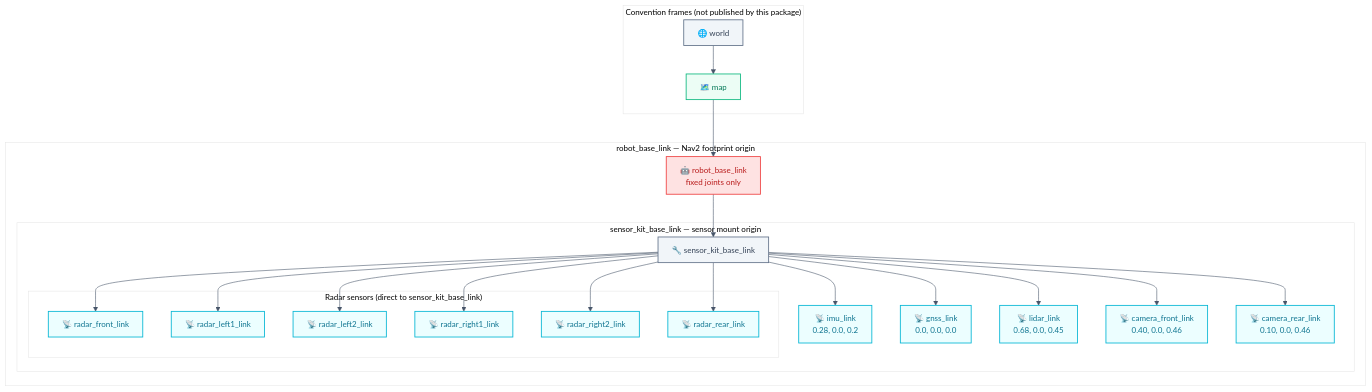
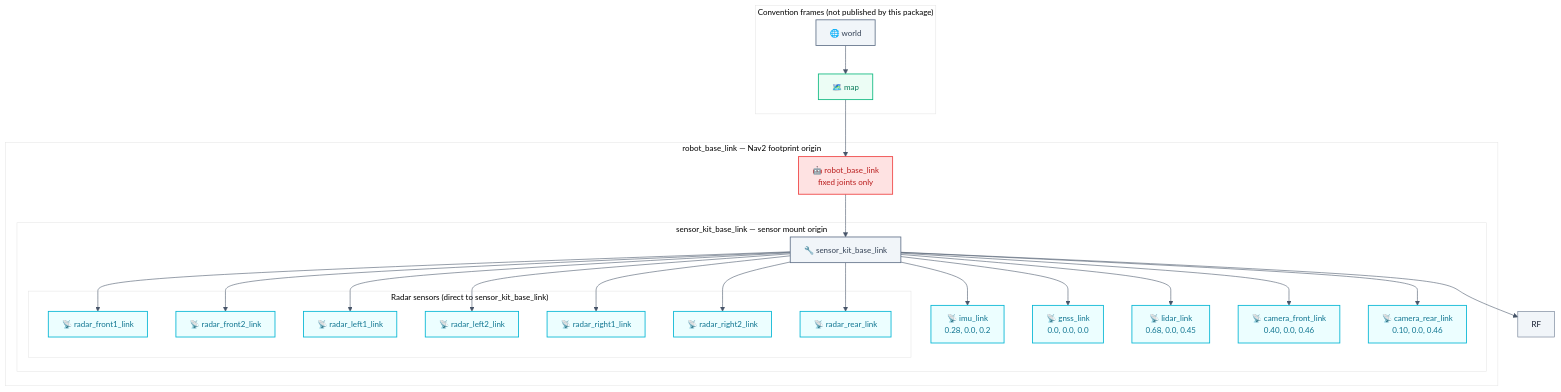
Before and after one commit to hwanhonglee/CAMROD: the fourth of 4 diagrams in camrod_sensor_kit/README.md, drawn with Mermaid. The commit also changed other lines of this file and 7 other files, not shown here.

````diff
--- a/camrod_sensor_kit/README.md
+++ b/camrod_sensor_kit/README.md
@@ -142,38 +142,40 @@
 ```mermaid
 %%{init: {'theme': 'base', 'themeVariables': {'fontFamily': 'ui-sans-serif, system-ui, sans-serif', 'fontSize': '14px', 'primaryColor': '#F1F5F9', 'primaryTextColor': '#0F172A', 'primaryBorderColor': '#64748B', 'lineColor': '#475569'}, 'flowchart': {'curve': 'basis', 'htmlLabels': true, 'padding': 12}}}%%
 graph TD
   subgraph CONV["Convention frames (not published by this package)"]
     WORLD[🌐 world]:::system
     MAP[🗺️ map]:::localization
   end
   subgraph ROBOT["robot_base_link — Nav2 footprint origin"]
     BASE[🤖 robot_base_link\nfixed joints only]:::platform
     subgraph SKIT["sensor_kit_base_link — sensor mount origin"]
       SKB[🔧 sensor_kit_base_link]:::system
       IMU[📡 imu_link\n0.28, 0.0, 0.2]:::sensing
       GNSS[📡 gnss_link\n0.0, 0.0, 0.0]:::sensing
       LIDAR[📡 lidar_link\n0.68, 0.0, 0.45]:::sensing
       CAMF[📡 camera_front_link\n0.40, 0.0, 0.46]:::sensing
       CAMR[📡 camera_rear_link\n0.10, 0.0, 0.46]:::sensing
       subgraph RADAR["Radar sensors (direct to sensor_kit_base_link)"]
-        RF[📡 radar_front_link]:::sensing
+        %% HHL_260623 - Removed the legacy single-front radar alias; front1/front2 are canonical.
+        RF1[📡 radar_front1_link]:::sensing
+        RF2[📡 radar_front2_link]:::sensing
         RL1[📡 radar_left1_link]:::sensing
         RL2[📡 radar_left2_link]:::sensing
         RR1[📡 radar_right1_link]:::sensing
         RR2[📡 radar_right2_link]:::sensing
         RR[📡 radar_rear_link]:::sensing
       end
     end
   end
 
   WORLD --> MAP
   MAP --> BASE
   BASE --> SKB
   SKB --> IMU & GNSS & LIDAR & CAMF & CAMR
-  SKB --> RF & RL1 & RL2 & RR1 & RR2 & RR
+  SKB --> RF1 & RF2 & RF & RL1 & RL2 & RR1 & RR2 & RR
 
   classDef sensing      fill:#ECFEFF,stroke:#06B6D4,stroke-width:1.5px,color:#0E7490;
   classDef localization fill:#ECFDF5,stroke:#10B981,stroke-width:1.5px,color:#047857;
   classDef platform     fill:#FEE2E2,stroke:#EF4444,stroke-width:1.5px,color:#B91C1C;
   classDef system       fill:#F1F5F9,stroke:#64748B,stroke-width:1.5px,color:#334155;
 ```
````
